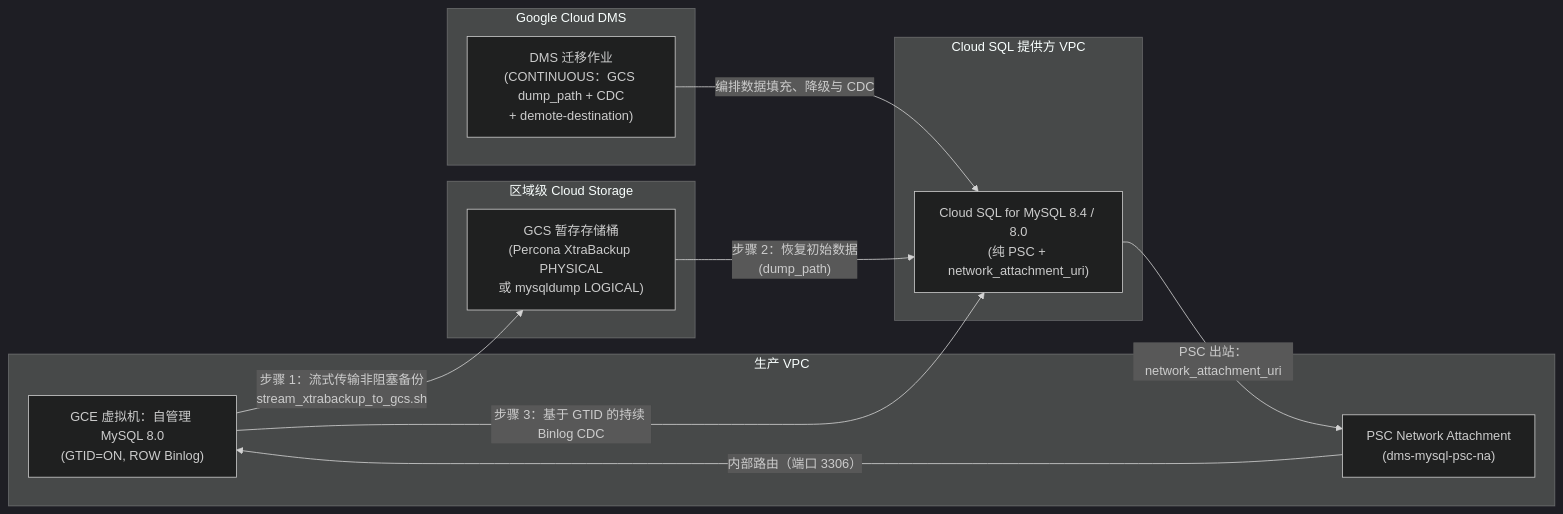
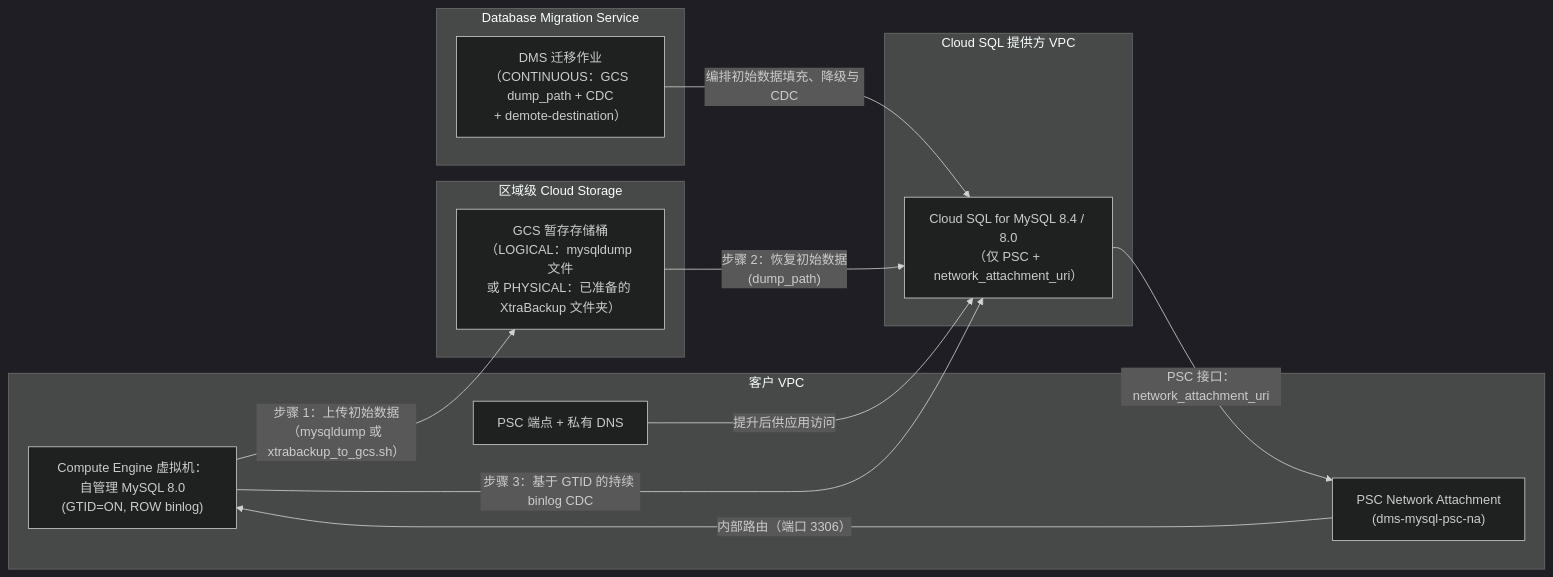
One commit to kkmbryan/cloud-dms-templates changed the diagram in templates/02-backup-migration-gcs-cdc/README.zh-CN.md. Above: the diagram before and after it, drawn with Mermaid (dark theme). The commit also changed other lines of this file and 51 other files, not shown here.

First line of the commit message:
fix: Scenario 2 support matrix, XtraBackup folder seed, bucket IAM, PSC endpoint and native DMS profiles (#4)

````diff
--- a/templates/02-backup-migration-gcs-cdc/README.zh-CN.md
+++ b/templates/02-backup-migration-gcs-cdc/README.zh-CN.md
@@ -19,26 +27,28 @@
 ```mermaid
 flowchart LR
-    subgraph GCE_VPC["生产 VPC"]
-        GCE["GCE 虚拟机：自管理 MySQL 8.0<br/>(GTID=ON, ROW Binlog)"]
+    subgraph GCE_VPC["客户 VPC"]
+        GCE["Compute Engine 虚拟机：自管理 MySQL 8.0<br/>(GTID=ON, ROW binlog)"]
         NA["PSC Network Attachment<br/>(dms-mysql-psc-na)"]
+        EP["PSC 端点 + 私有 DNS"]
     end
 
     subgraph GCS_Stage["区域级 Cloud Storage"]
-        GCS["GCS 暂存存储桶<br/>(Percona XtraBackup PHYSICAL<br/>或 mysqldump LOGICAL)"]
+        GCS["GCS 暂存存储桶<br/>（LOGICAL：mysqldump 文件<br/>或 PHYSICAL：已准备的 XtraBackup 文件夹）"]
     end
 
-    subgraph DMS_Control["Google Cloud DMS"]
-        JOB["DMS 迁移作业<br/>(CONTINUOUS：GCS dump_path + CDC<br/>+ demote-destination)"]
+    subgraph DMS_Control["Database Migration Service"]
+        JOB["DMS 迁移作业<br/>（CONTINUOUS：GCS dump_path + CDC<br/>+ demote-destination）"]
     end
 
     subgraph CloudSQL_Producer["Cloud SQL 提供方 VPC"]
-        CSQL["Cloud SQL for MySQL 8.4 / 8.0<br/>(纯 PSC + network_attachment_uri)"]
+        CSQL["Cloud SQL for MySQL 8.4 / 8.0<br/>（仅 PSC + network_attachment_uri）"]
     end
 
-    GCE -->|"步骤 1：流式传输非阻塞备份<br/>stream_xtrabackup_to_gcs.sh"| GCS
+    GCE -->|"步骤 1：上传初始数据<br/>（mysqldump 或 xtrabackup_to_gcs.sh）"| GCS
     GCS -->|"步骤 2：恢复初始数据<br/>(dump_path)"| CSQL
-    CSQL -->|"PSC 出站：network_attachment_uri"| NA
+    CSQL -->|"PSC 接口：network_attachment_uri"| NA
     NA -->|"内部路由（端口 3306）"| GCE
-    GCE -->|"步骤 3：基于 GTID 的持续 Binlog CDC"| CSQL
-    JOB -->|"编排数据填充、降级与 CDC"| CSQL
+    GCE -->|"步骤 3：基于 GTID 的持续 binlog CDC"| CSQL
+    JOB -->|"编排初始数据填充、降级与 CDC"| CSQL
+    EP -->|"提升后供应用访问"| CSQL
 ```
````
